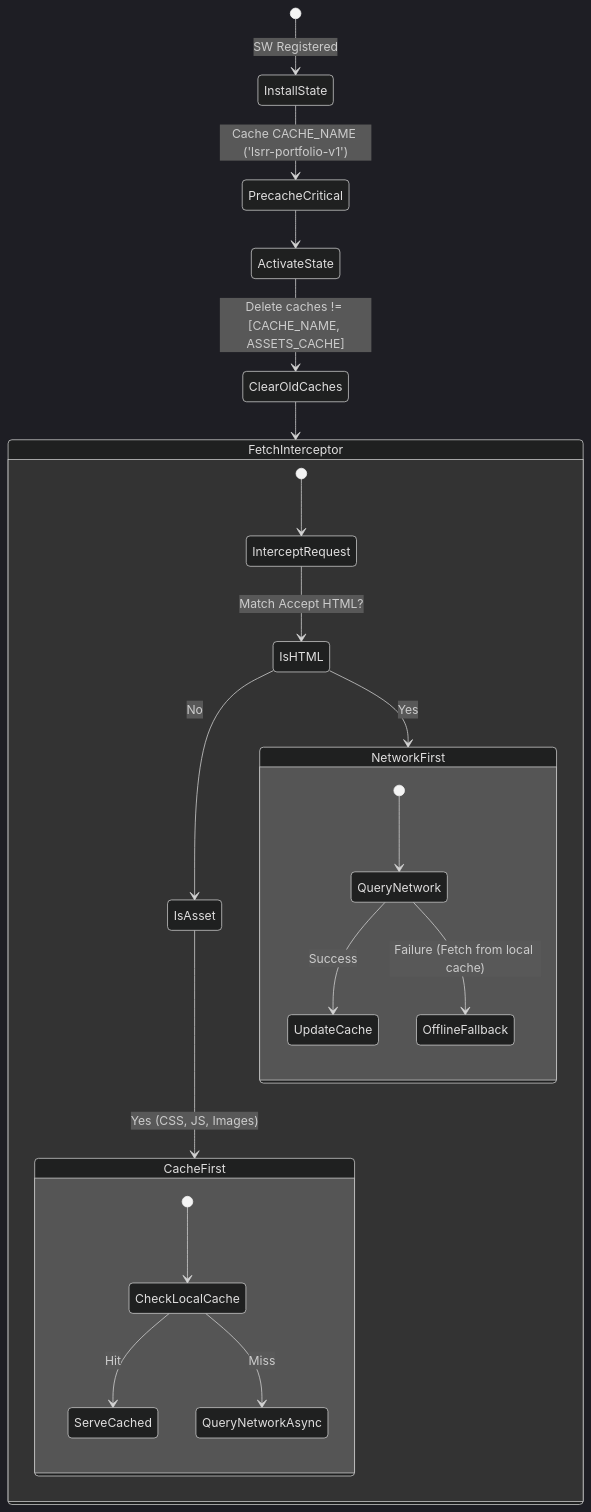
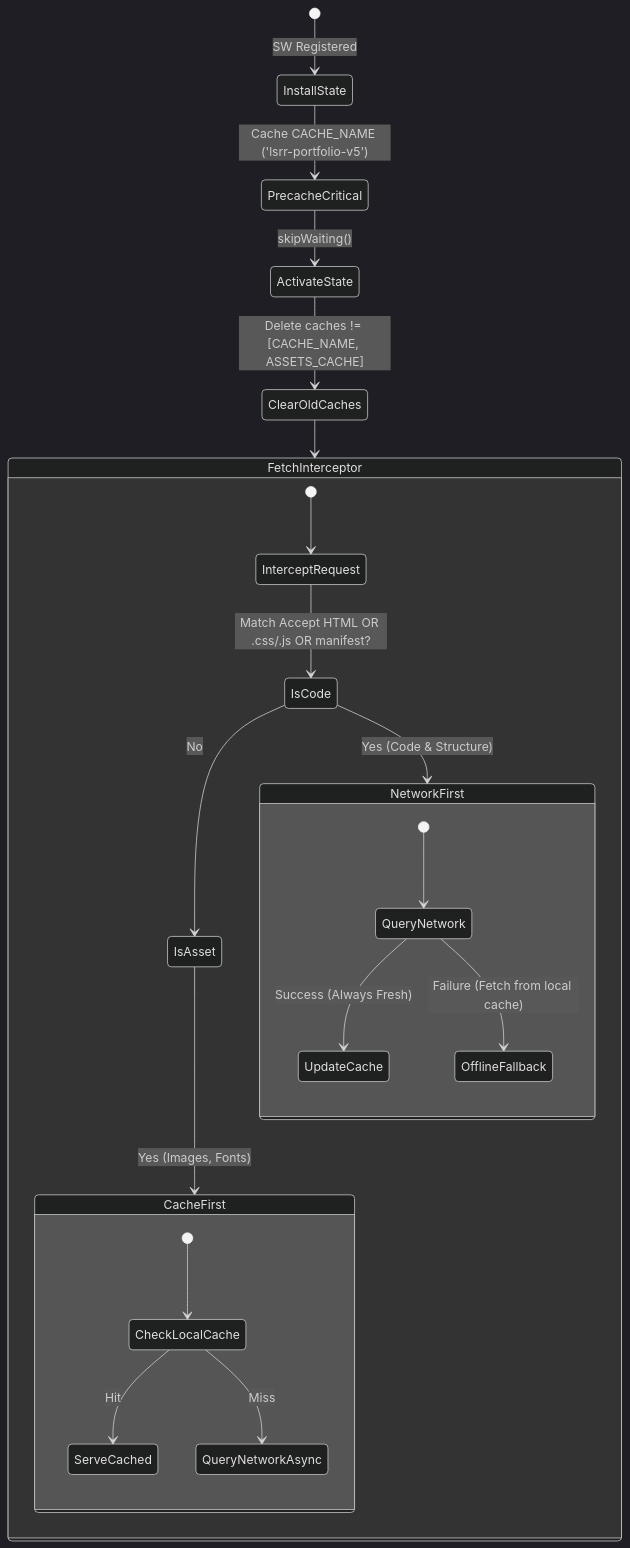
One commit to Lain-ramirez18/Portafolio-tecnologico changed the second of 2 diagrams in explanation-IA.md. Above: the diagram before and after it, drawn with Mermaid (dark theme). The commit also changed other lines of this file and 4 other files, not shown here.

````diff
--- a/explanation-IA.md
+++ b/explanation-IA.md
@@ -121,28 +121,28 @@
 ```mermaid
 stateDiagram-v2
     [*] --> InstallState : SW Registered
-    InstallState --> PrecacheCritical : Cache CACHE_NAME ('lsrr-portfolio-v1')
-    PrecacheCritical --> ActivateState
+    InstallState --> PrecacheCritical : Cache CACHE_NAME ('lsrr-portfolio-v5')
+    PrecacheCritical --> ActivateState : skipWaiting()
     ActivateState --> ClearOldCaches : Delete caches != [CACHE_NAME, ASSETS_CACHE]
     ClearOldCaches --> FetchInterceptor
     
     state FetchInterceptor {
         [*] --> InterceptRequest
-        InterceptRequest --> IsHTML : Match Accept HTML?
-        IsHTML --> NetworkFirst : Yes
-        IsHTML --> IsAsset : No
-        IsAsset --> CacheFirst : Yes (CSS, JS, Images)
+        InterceptRequest --> IsCode : Match Accept HTML OR .css/.js OR manifest?
+        IsCode --> NetworkFirst : Yes (Code & Structure)
+        IsCode --> IsAsset : No
+        IsAsset --> CacheFirst : Yes (Images, Fonts)
         
         state NetworkFirst {
             [*] --> QueryNetwork
-            QueryNetwork --> UpdateCache : Success
+            QueryNetwork --> UpdateCache : Success (Always Fresh)
             QueryNetwork --> OfflineFallback : Failure (Fetch from local cache)
         }
         
         state CacheFirst {
             [*] --> CheckLocalCache
             CheckLocalCache --> ServeCached : Hit
             CheckLocalCache --> QueryNetworkAsync : Miss
         }
     }
 ```
````
